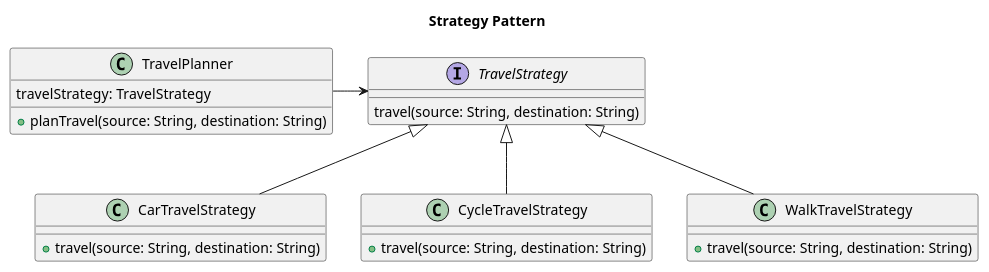
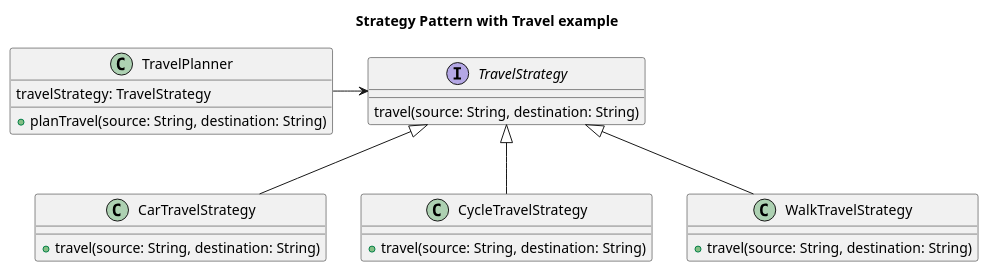
The diagram in src/main/java/org/pattern/behavioral/strategy/travel/travel_strategy.puml (dpmallia624/DesignPattern), drawn with PlantUML before and after one commit. The commit also changed 3 other files, not shown here.

```diff
--- a/src/main/java/org/pattern/behavioral/strategy/travel/travel_strategy.puml
+++ b/src/main/java/org/pattern/behavioral/strategy/travel/travel_strategy.puml
@@ -1,32 +1,31 @@
 @startuml
-title "Strategy Pattern"
-'Strategy pattern define a family of algorithms, encapsulated each one and make them interchangeable. Strategy lets the algorithm vary independently from clients that use it'
+title "Strategy Pattern with Travel example"
 
 interface TravelStrategy {
     travel(source: String, destination: String)
 }
 
 TravelStrategy <|-- CarTravelStrategy
 TravelStrategy <|-- CycleTravelStrategy
 TravelStrategy <|-- WalkTravelStrategy
 
 
 class CarTravelStrategy {
     + travel(source: String, destination: String)
 }
 
 class CycleTravelStrategy {
     + travel(source: String, destination: String)
 }
 
 class WalkTravelStrategy {
     + travel(source: String, destination: String)
 }
 
 class TravelPlanner {
     travelStrategy: TravelStrategy
     + planTravel(source: String, destination: String)
 }
 
 TravelPlanner -right-> TravelStrategy
 @enduml
```
